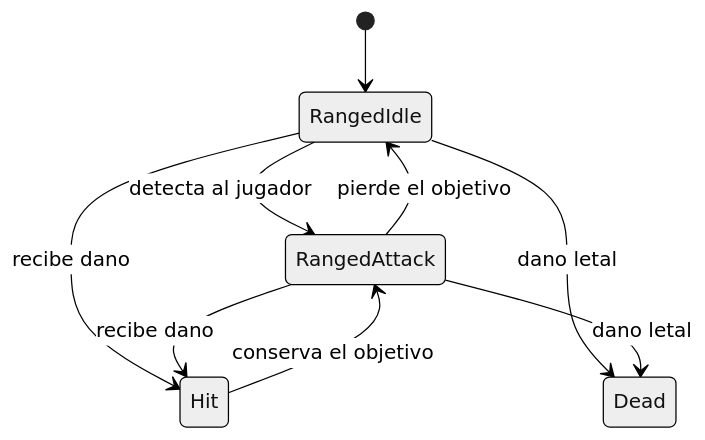
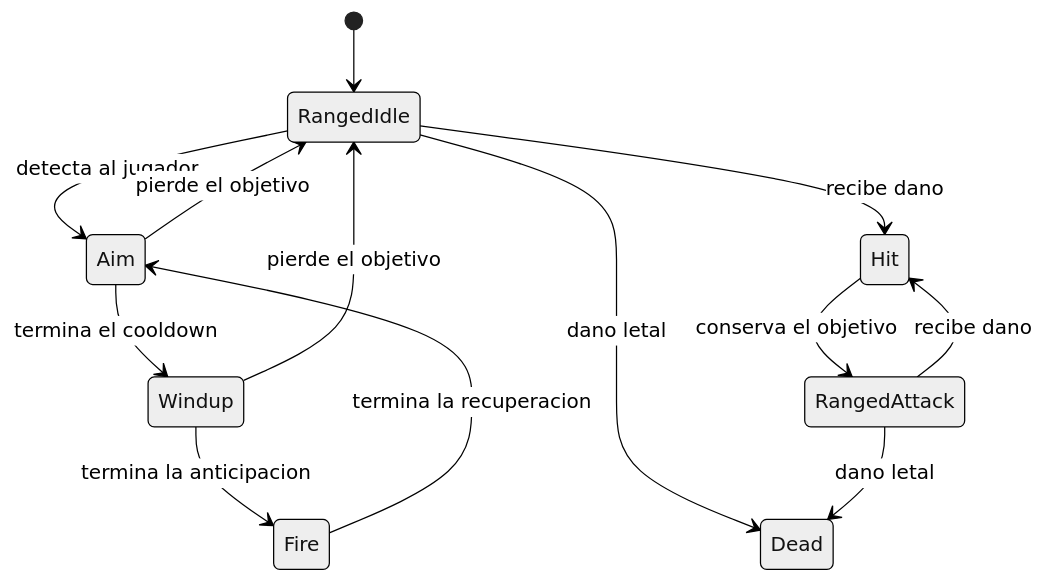
Before and after one commit to luc4s92/Parcial2-programacion: the fourth of 4 diagrams in Assets/Scripts/Enemy/README.md, drawn with Mermaid (neutral theme). The commit also changed other lines of this file and 15 other files, not shown here.

````diff
--- a/Assets/Scripts/Enemy/README.md
+++ b/Assets/Scripts/Enemy/README.md
@@ -99,11 +106,15 @@
 ```mermaid
 stateDiagram-v2
     [*] --> RangedIdle
-    RangedIdle --> RangedAttack: detecta al jugador
-    RangedAttack --> RangedIdle: pierde el objetivo
+    RangedIdle --> Aim: detecta al jugador
+    Aim --> RangedIdle: pierde el objetivo
+    Aim --> Windup: termina el cooldown
+    Windup --> RangedIdle: pierde el objetivo
+    Windup --> Fire: termina la anticipacion
+    Fire --> Aim: termina la recuperacion
     RangedIdle --> Hit: recibe dano
     RangedAttack --> Hit: recibe dano
     Hit --> RangedAttack: conserva el objetivo
     RangedIdle --> Dead: dano letal
     RangedAttack --> Dead: dano letal
 ```
````
